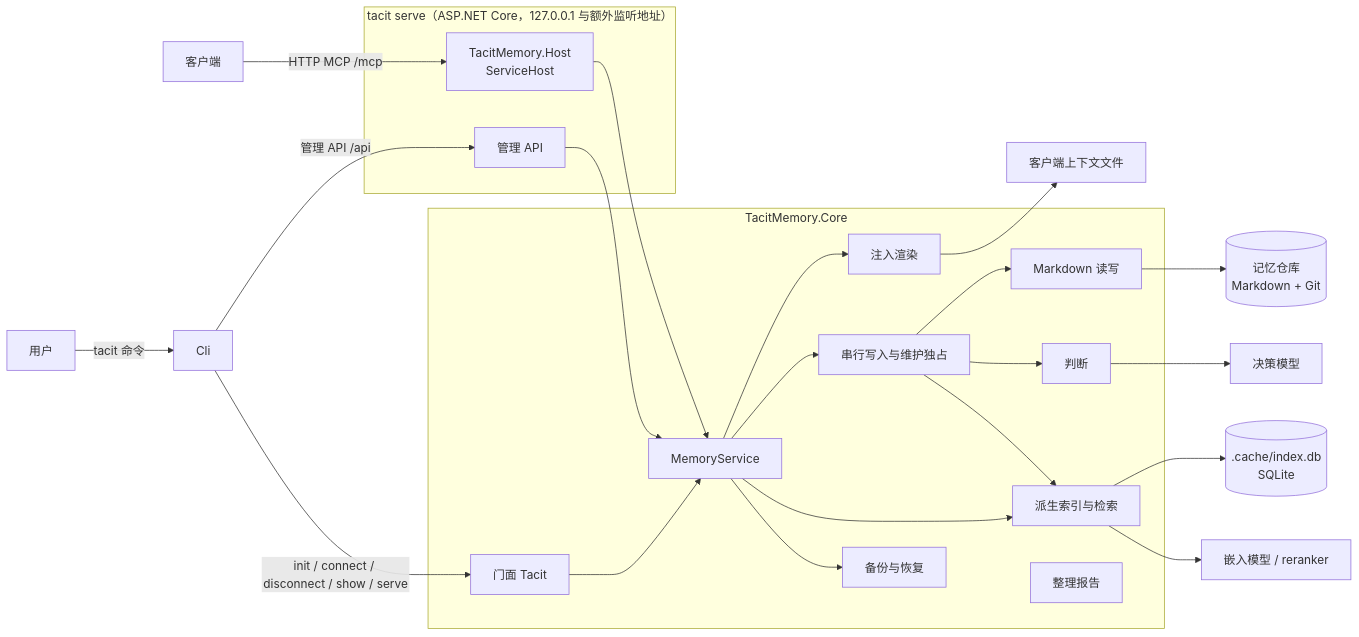
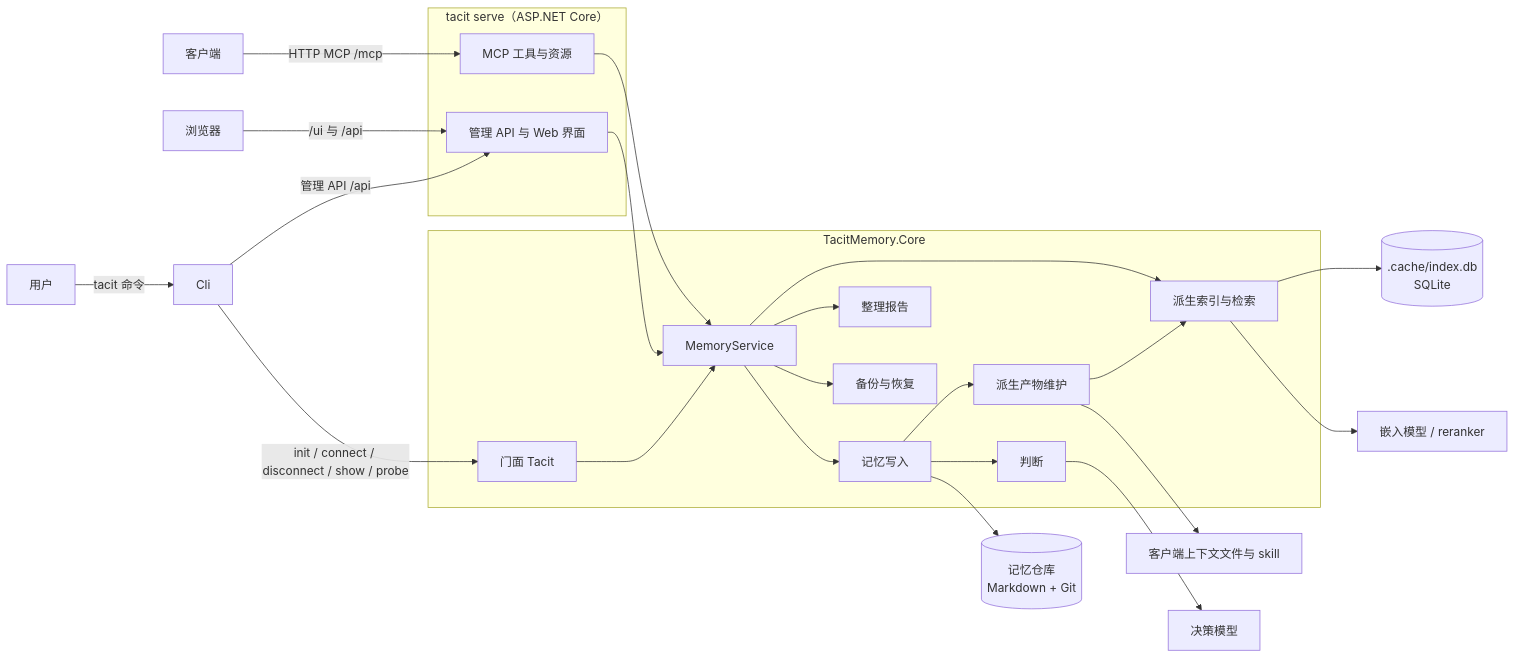
The diagram in docs/dev/architecture.md (kearril/tacit-memory), drawn with Mermaid before and after one commit. The commit also changed other lines of this file and 13 other files, not shown here.

First line of the commit message:
docs: fold the web and API documents into the design and slim the references

````diff
--- a/docs/dev/architecture.md
+++ b/docs/dev/architecture.md
@@ -11,37 +7,37 @@
 ```mermaid
 flowchart LR
     Client[客户端] -->|HTTP MCP /mcp| Mcp
     User[用户] -->|tacit 命令| Cli
+    Browser[浏览器] -->|/ui 与 /api| Admin
     Cli -->|管理 API /api| Admin
-    subgraph Host["tacit serve（ASP.NET Core，127.0.0.1 与额外监听地址）"]
-        Mcp[TacitMemory.Host<br>ServiceHost]
-        Admin[管理 API]
+    subgraph Host["tacit serve（ASP.NET Core）"]
+        Mcp[MCP 工具与资源]
+        Admin[管理 API 与 Web 界面]
     end
-    Cli -->|init / connect / disconnect / show / serve| Facade
+    Cli -->|init / connect / disconnect / show / probe| Facade
     Mcp --> Service
     Admin --> Service
     subgraph Core["TacitMemory.Core"]
         Facade[门面 Tacit]
         Service[MemoryService]
-        Writer[串行写入与维护独占]
-        Store[Markdown 读写]
+        Writer[记忆写入]
         Index[派生索引与检索]
         Judge[判断]
-        Inject[注入渲染]
+        Upkeep[派生产物维护]
         Consolidation[整理报告]
         Backup[备份与恢复]
     end
     Facade --> Service
-    Service --> Inject
     Service --> Writer
     Service --> Index
+    Service --> Consolidation
     Service --> Backup
-    Writer --> Store
     Writer --> Judge
-    Writer --> Index
-    Store --> Repo[(记忆仓库<br>Markdown + Git)]
+    Writer --> Upkeep
+    Upkeep --> Index
+    Upkeep --> Files[客户端上下文文件与 skill]
+    Writer --> Repo[(记忆仓库<br>Markdown + Git)]
     Index --> Db[(.cache/index.db<br>SQLite)]
     Index --> Aux[嵌入模型 / reranker]
     Judge --> Decision[决策模型]
-    Inject --> Files[客户端上下文文件]
 ```
````
